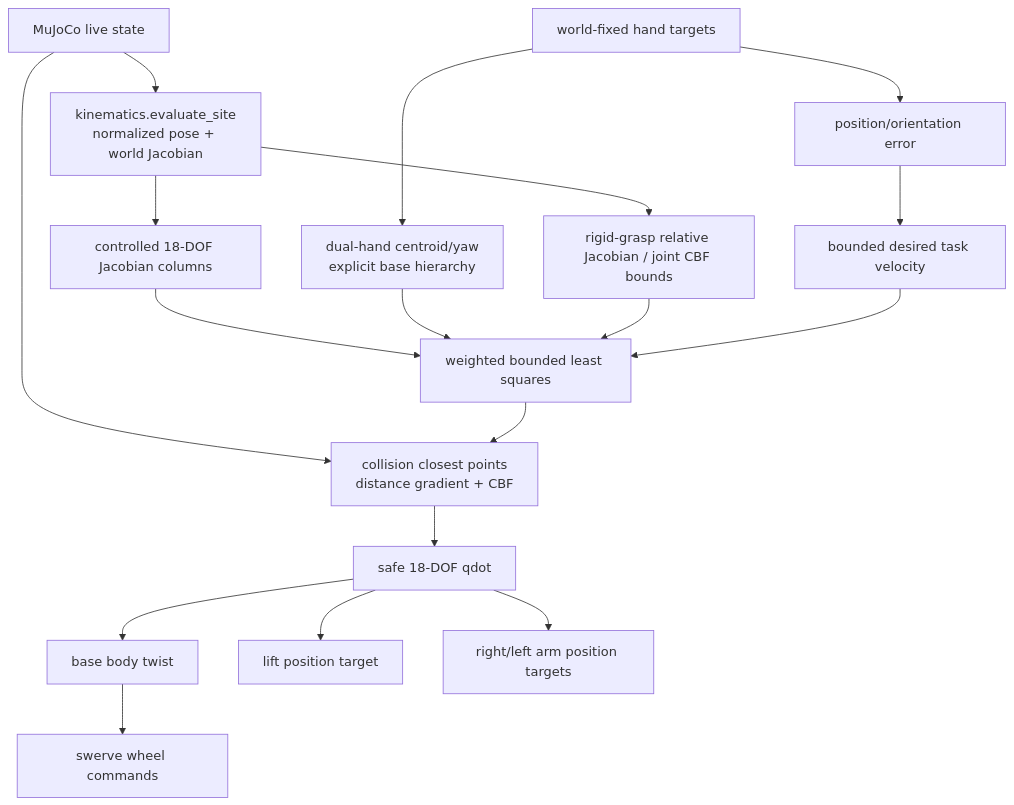
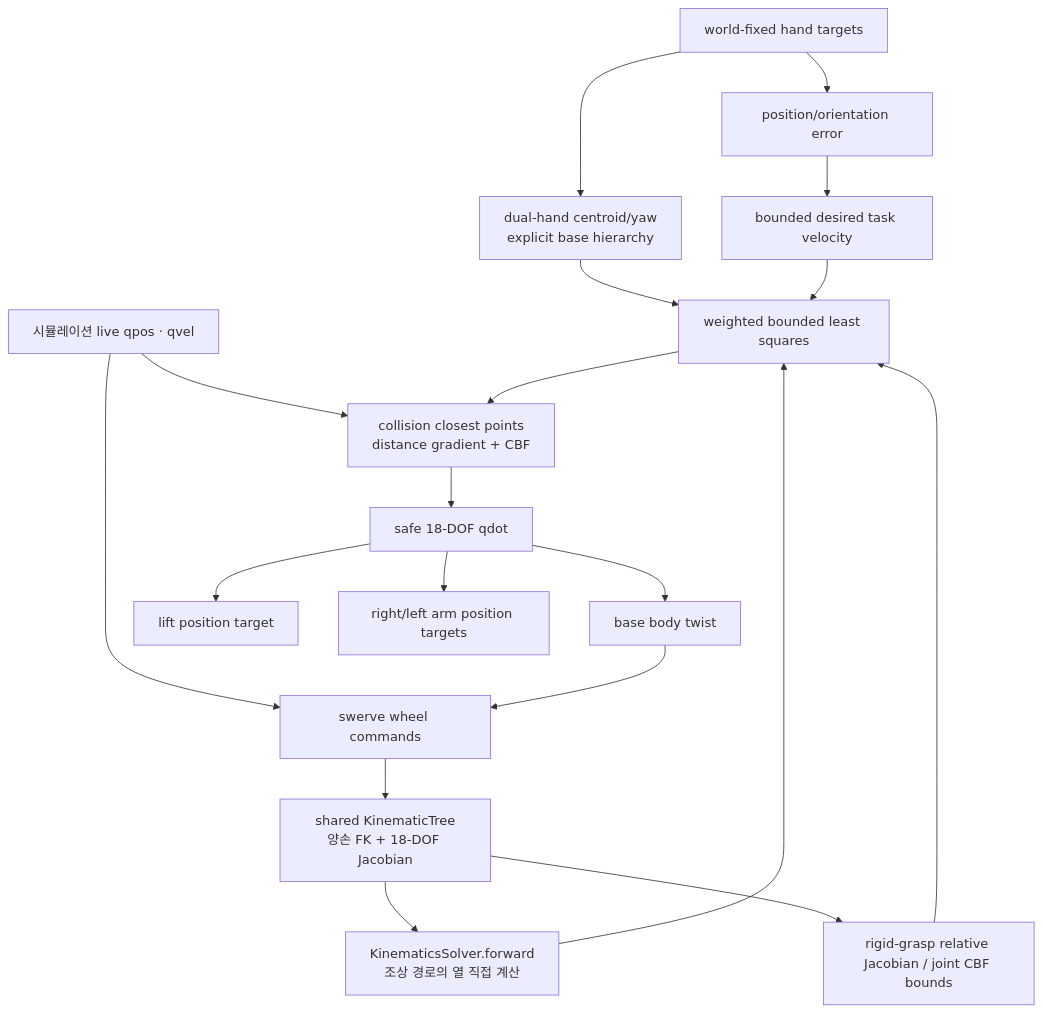
One commit to ggh-png/ffw-sh5-grasp changed the fifth of 5 diagrams in docs/guide/whole_body_ik.md. Above: the diagram before and after it, drawn with Mermaid. The commit also changed other lines of this file and 40 other files, not shown here.

````diff
--- a/docs/guide/whole_body_ik.md
+++ b/docs/guide/whole_body_ik.md
@@ -271,20 +271,21 @@
 ```mermaid
 flowchart TD
     T["world-fixed hand targets"] --> E["position/orientation error"]
-    D["MuJoCo live state"] --> K["kinematics.evaluate_site<br>normalized pose + world Jacobian"]
-    K --> J["controlled 18-DOF Jacobian columns"]
+    D["시뮬레이션 live qpos · qvel"] --> S["WholeBodyIK.site_state"]
+    S --> K["shared KinematicTree<br>양손 FK + 18-DOF Jacobian"]
+    K --> J["KinematicsSolver.forward<br>조상 경로의 열 직접 계산"]
     E --> V["bounded desired task velocity"]
     J --> LS["weighted bounded least squares"]
     T --> H["dual-hand centroid/yaw<br>explicit base hierarchy"]
     H --> LS
     K --> R["rigid-grasp relative Jacobian / joint CBF bounds"]
     R --> LS
     V --> LS
     D --> C["collision closest points<br>distance gradient + CBF"]
     LS --> C
     C --> Q["safe 18-DOF qdot"]
     Q --> B["base body twist"]
     Q --> L["lift position target"]
     Q --> A["right/left arm position targets"]
     B --> S["swerve wheel commands"]
 ```
````
